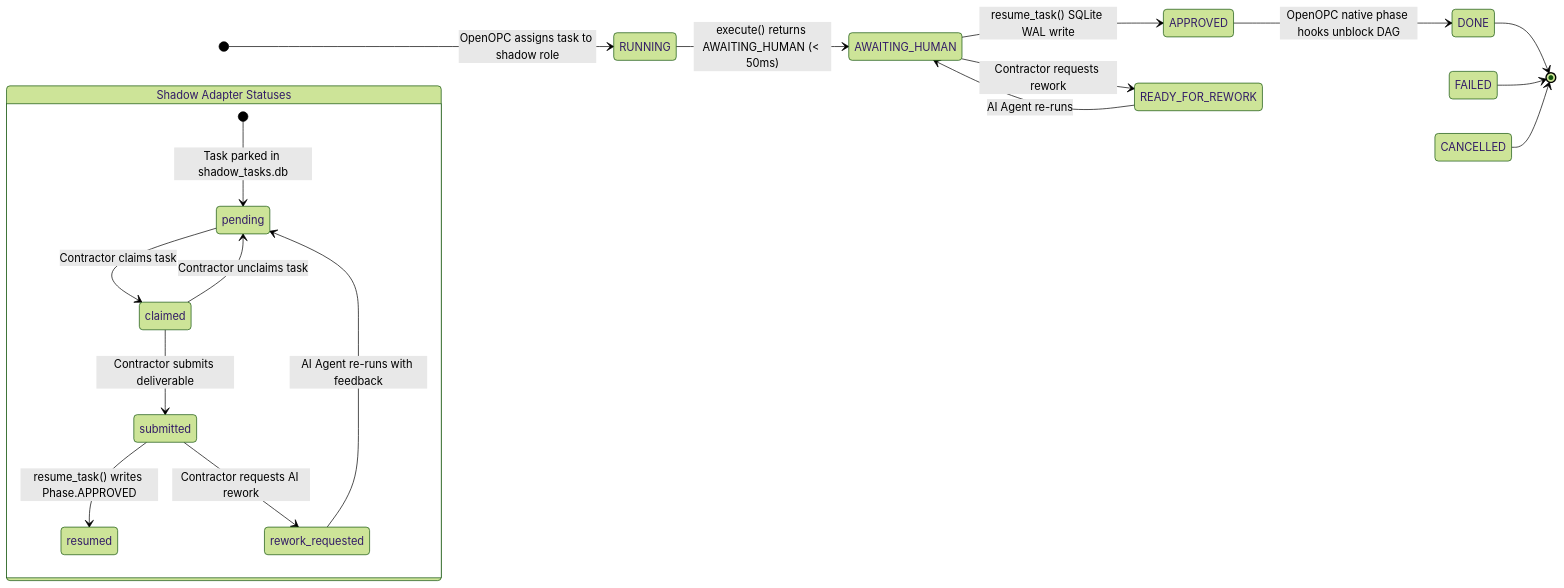
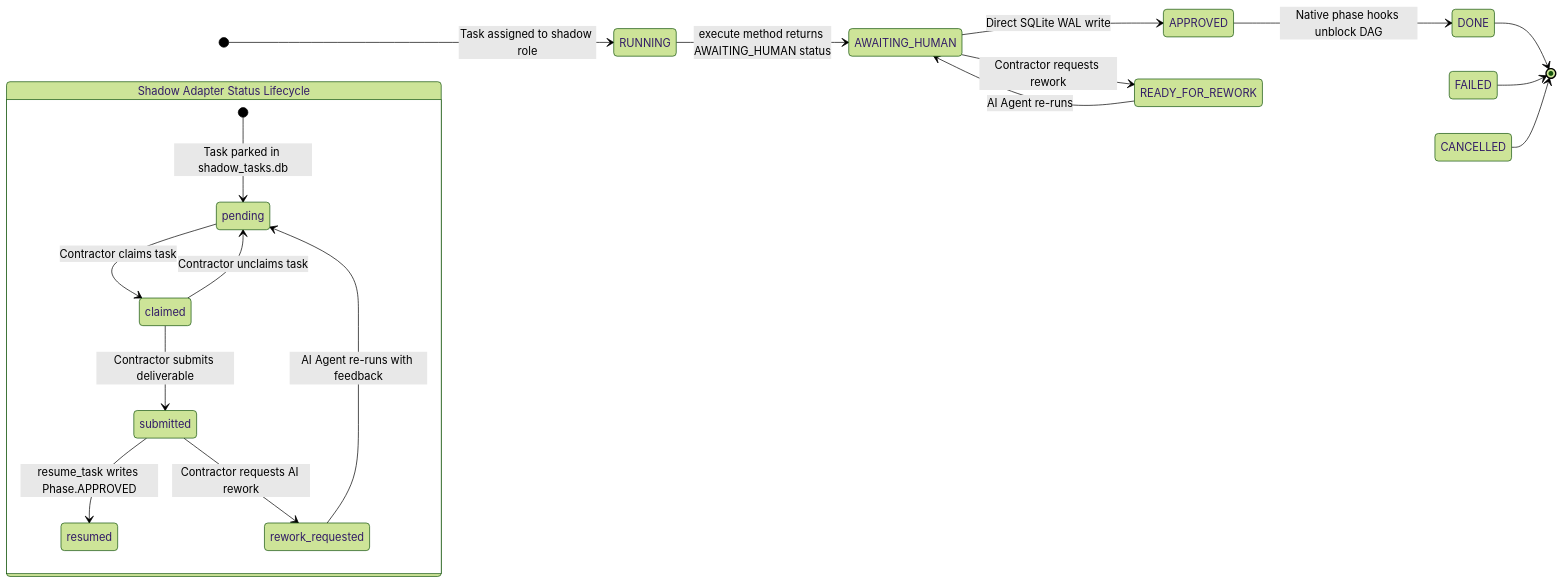
One commit to AhmadHassan-BTed/OpenOPC-Shadow-Adapter changed the fifth of 6 diagrams in README.md. Above: the diagram before and after it, drawn with Mermaid (forest theme). The commit also changed other lines of this file, not shown here.

Commit message:
docs(readme): fix Mermaid parse error and elevate top hook using PAS marketing framework

````diff
--- a/README.md
+++ b/README.md
@@ -304,36 +299,36 @@
 ```mermaid
 stateDiagram-v2
     direction LR
 
     classDef opcPhase fill:#4f46e5,color:#fff,stroke:#6366f1,stroke-width:2px;
     classDef shadowStatus fill:#0284c7,color:#fff,stroke:#38bdf8,stroke-width:2px;
     classDef finalState fill:#16a34a,color:#fff,stroke:#22c55e,stroke-width:2px;
     classDef errorState fill:#dc2626,color:#fff,stroke:#ef4444,stroke-width:2px;
 
-    [*] --> RUNNING : OpenOPC assigns task to shadow role
-    RUNNING --> AWAITING_HUMAN : execute() returns AWAITING_HUMAN (< 50ms)
+    [*] --> RUNNING : Task assigned to shadow role
+    RUNNING --> AWAITING_HUMAN : execute method returns AWAITING_HUMAN status
     
-    state "Shadow Adapter Statuses" as ShadowState {
+    state "Shadow Adapter Status Lifecycle" as ShadowState {
         [*] --> pending : Task parked in shadow_tasks.db
         pending --> claimed : Contractor claims task
         claimed --> pending : Contractor unclaims task
         claimed --> submitted : Contractor submits deliverable
-        submitted --> resumed : resume_task() writes Phase.APPROVED
+        submitted --> resumed : resume_task writes Phase.APPROVED
         submitted --> rework_requested : Contractor requests AI rework
         rework_requested --> pending : AI Agent re-runs with feedback
     }
 
-    AWAITING_HUMAN --> APPROVED : resume_task() SQLite WAL write
+    AWAITING_HUMAN --> APPROVED : Direct SQLite WAL write
     AWAITING_HUMAN --> READY_FOR_REWORK : Contractor requests rework
     READY_FOR_REWORK --> AWAITING_HUMAN : AI Agent re-runs
-    APPROVED --> DONE : OpenOPC native phase hooks unblock DAG
+    APPROVED --> DONE : Native phase hooks unblock DAG
 
     DONE --> [*]
     FAILED --> [*]
     CANCELLED --> [*]
 
     class RUNNING, AWAITING_HUMAN, APPROVED, READY_FOR_REWORK opcPhase;
     class pending, claimed, submitted, resumed, rework_requested shadowStatus;
     class DONE finalState;
     class FAILED, CANCELLED errorState;
 ```
````
